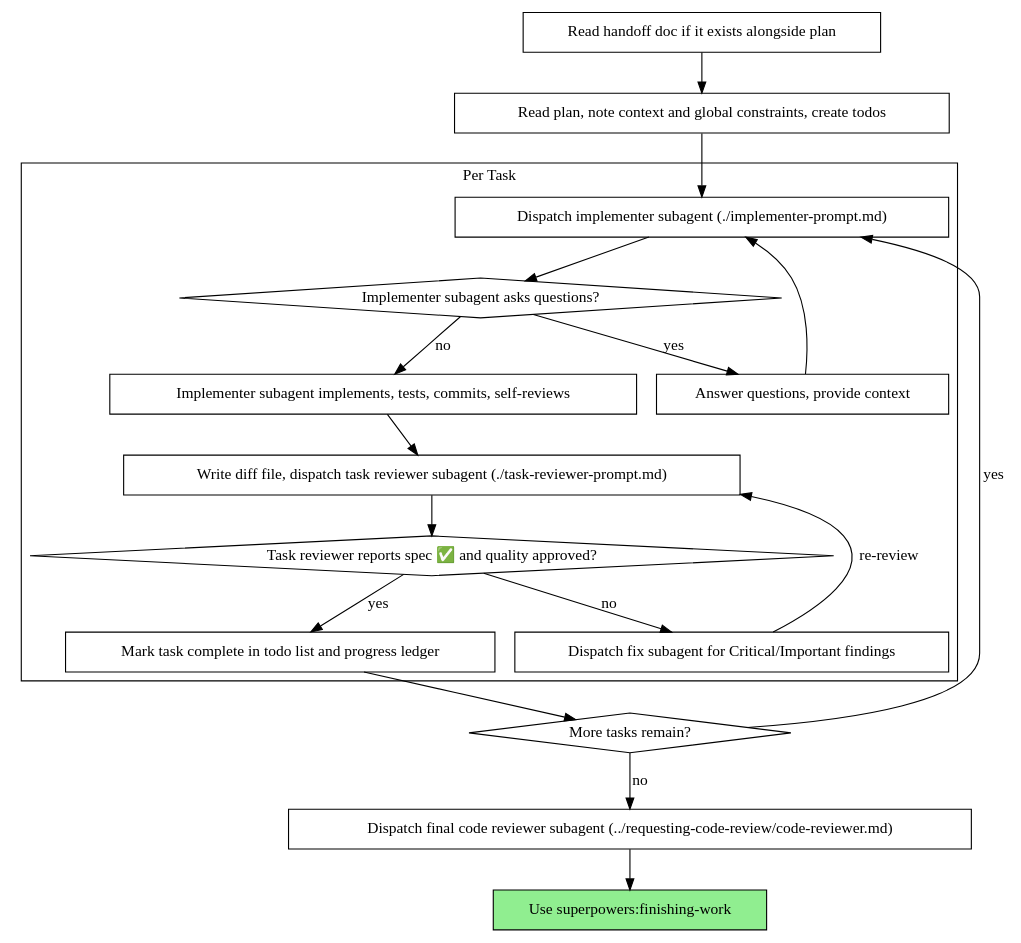
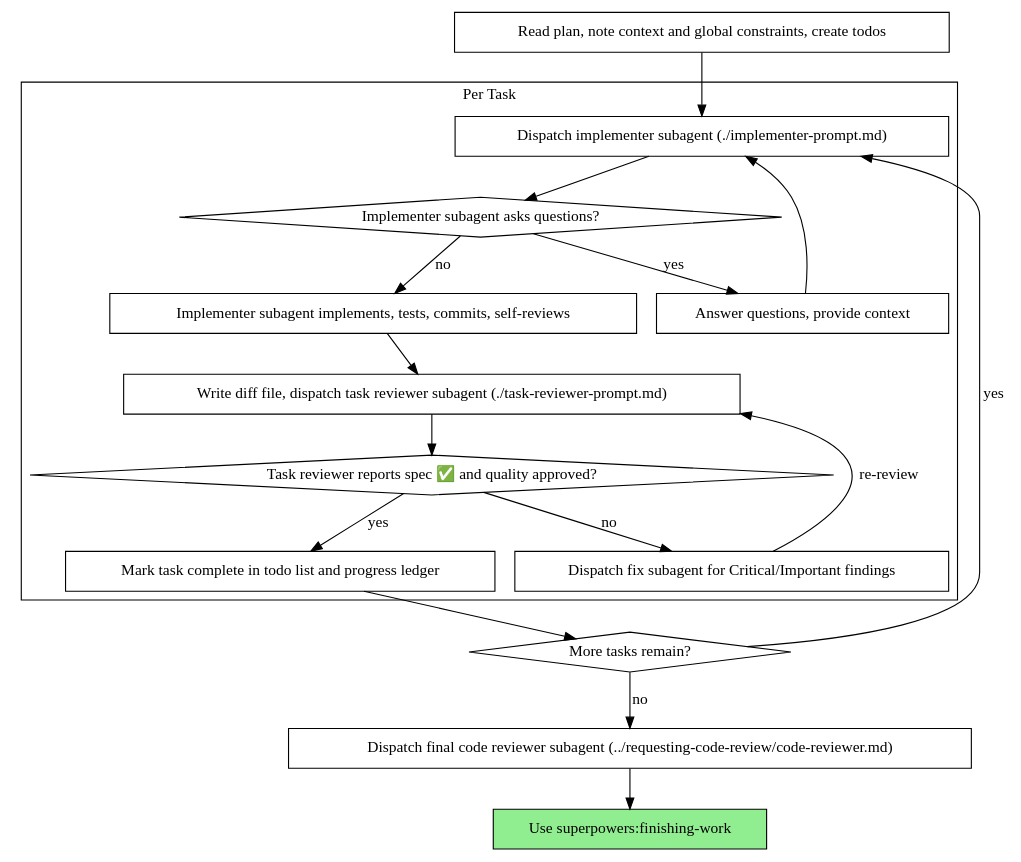
Before and after one commit to jackscan/superpowers: the second of 2 diagrams in skills/subagent-driven-development/SKILL.md, drawn with Graphviz. The commit also changed other lines of this file and 1 other file, not shown here.

First line of the commit message:
refactor: handoff doc read only via plan-execution-entry

````diff
--- a/skills/subagent-driven-development/SKILL.md
+++ b/skills/subagent-driven-development/SKILL.md
@@ -47,39 +47,37 @@
 ```dot
 digraph process {
     rankdir=TB;
 
     subgraph cluster_per_task {
         label="Per Task";
         "Dispatch implementer subagent (./implementer-prompt.md)" [shape=box];
         "Implementer subagent asks questions?" [shape=diamond];
         "Answer questions, provide context" [shape=box];
         "Implementer subagent implements, tests, commits, self-reviews" [shape=box];
         "Write diff file, dispatch task reviewer subagent (./task-reviewer-prompt.md)" [shape=box];
         "Task reviewer reports spec ✅ and quality approved?" [shape=diamond];
         "Dispatch fix subagent for Critical/Important findings" [shape=box];
         "Mark task complete in todo list and progress ledger" [shape=box];
     }
 
-    "Read handoff doc if it exists alongside plan" [shape=box];
     "Read plan, note context and global constraints, create todos" [shape=box];
     "More tasks remain?" [shape=diamond];
     "Dispatch final code reviewer subagent (../requesting-code-review/code-reviewer.md)" [shape=box];
     "Use superpowers:finishing-work" [shape=box style=filled fillcolor=lightgreen];
 
-    "Read handoff doc if it exists alongside plan" -> "Read plan, note context and global constraints, create todos";
     "Read plan, note context and global constraints, create todos" -> "Dispatch implementer subagent (./implementer-prompt.md)";
     "Dispatch implementer subagent (./implementer-prompt.md)" -> "Implementer subagent asks questions?";
     "Implementer subagent asks questions?" -> "Answer questions, provide context" [label="yes"];
     "Answer questions, provide context" -> "Dispatch implementer subagent (./implementer-prompt.md)";
     "Implementer subagent asks questions?" -> "Implementer subagent implements, tests, commits, self-reviews" [label="no"];
     "Implementer subagent implements, tests, commits, self-reviews" -> "Write diff file, dispatch task reviewer subagent (./task-reviewer-prompt.md)";
     "Write diff file, dispatch task reviewer subagent (./task-reviewer-prompt.md)" -> "Task reviewer reports spec ✅ and quality approved?";
     "Task reviewer reports spec ✅ and quality approved?" -> "Dispatch fix subagent for Critical/Important findings" [label="no"];
     "Dispatch fix subagent for Critical/Important findings" -> "Write diff file, dispatch task reviewer subagent (./task-reviewer-prompt.md)" [label="re-review"];
     "Task reviewer reports spec ✅ and quality approved?" -> "Mark task complete in todo list and progress ledger" [label="yes"];
     "Mark task complete in todo list and progress ledger" -> "More tasks remain?";
     "More tasks remain?" -> "Dispatch implementer subagent (./implementer-prompt.md)" [label="yes"];
     "More tasks remain?" -> "Dispatch final code reviewer subagent (../requesting-code-review/code-reviewer.md)" [label="no"];
     "Dispatch final code reviewer subagent (../requesting-code-review/code-reviewer.md)" -> "Use superpowers:finishing-work";
 }
 ```
````
